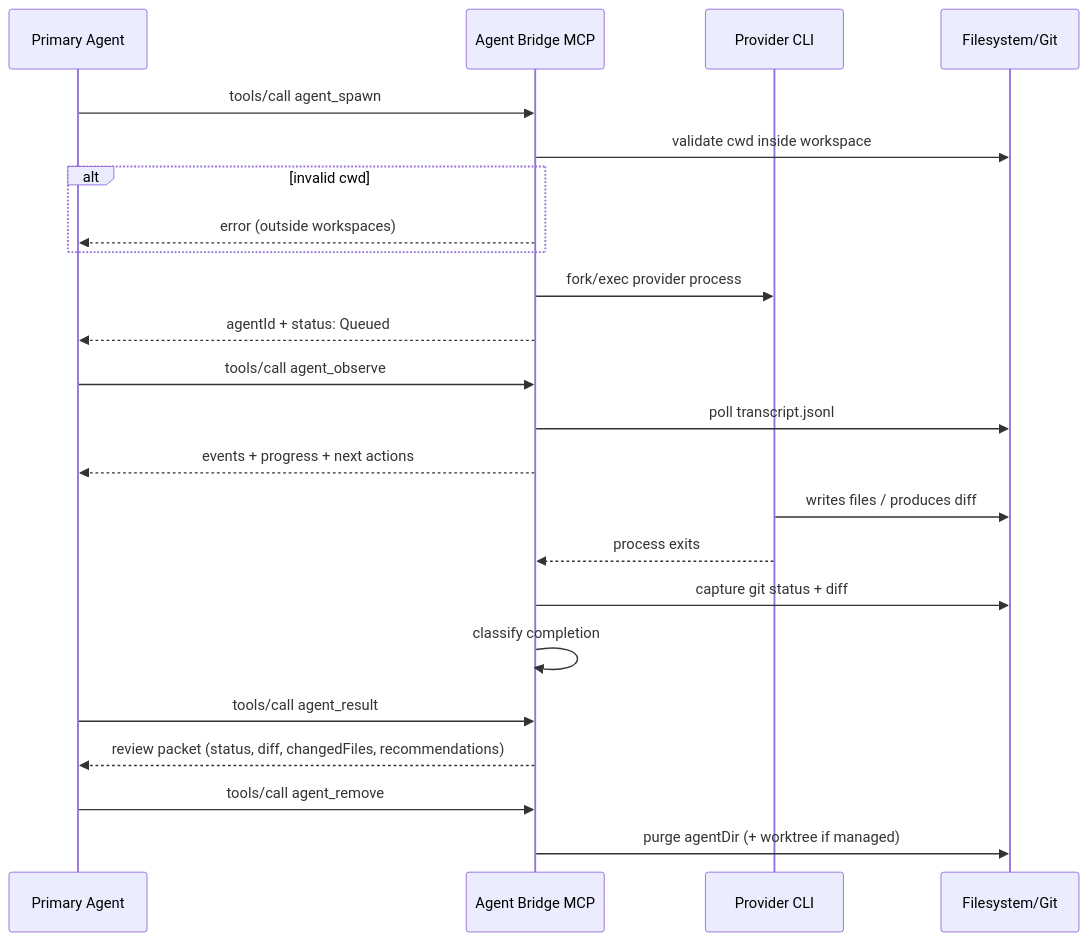
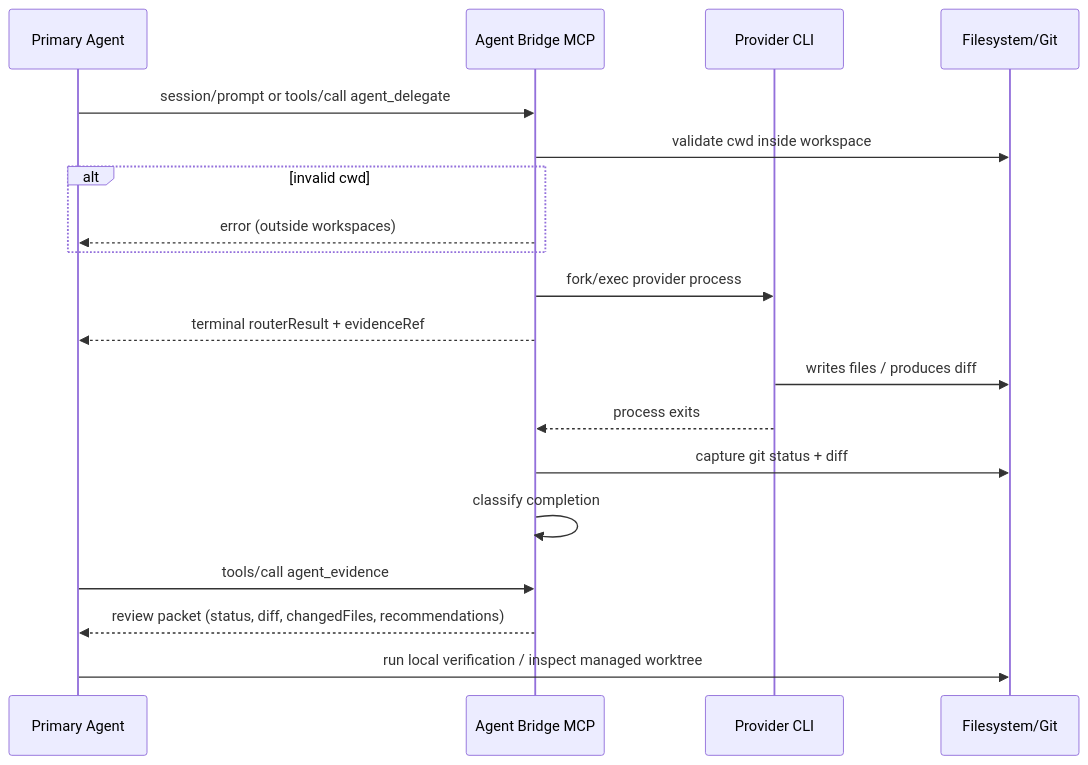
Before and after one commit to 0x7067/agent-bridge-mcp: the first of 3 diagrams in docs/BUSINESS-CONTEXT.md, drawn with Mermaid. The commit also changed other lines of this file and 32 other files, not shown here.

````diff
--- a/docs/BUSINESS-CONTEXT.md
+++ b/docs/BUSINESS-CONTEXT.md
@@ -85,26 +89,22 @@
 ```mermaid
 sequenceDiagram
     participant Caller as Primary Agent
     participant AB as Agent Bridge MCP
     participant PM as Provider CLI
     participant FS as Filesystem/Git
 
-    Caller->>AB: tools/call agent_spawn
+    Caller->>AB: session/prompt or tools/call agent_delegate
     AB->>FS: validate cwd inside workspace
     alt invalid cwd
         AB-->>Caller: error (outside workspaces)
     end
     AB->>PM: fork/exec provider process
-    AB-->>Caller: agentId + status: Queued
-    Caller->>AB: tools/call agent_observe
-    AB->>FS: poll transcript.jsonl
-    AB-->>Caller: events + progress + next actions
+    AB-->>Caller: terminal routerResult + evidenceRef
     PM->>FS: writes files / produces diff
     PM-->>AB: process exits
     AB->>FS: capture git status + diff
     AB->>AB: classify completion
-    Caller->>AB: tools/call agent_result
+    Caller->>AB: tools/call agent_evidence
     AB-->>Caller: review packet (status, diff, changedFiles, recommendations)
-    Caller->>AB: tools/call agent_remove
-    AB->>FS: purge agentDir (+ worktree if managed)
+    Caller->>FS: run local verification / inspect managed worktree
 ```
````
